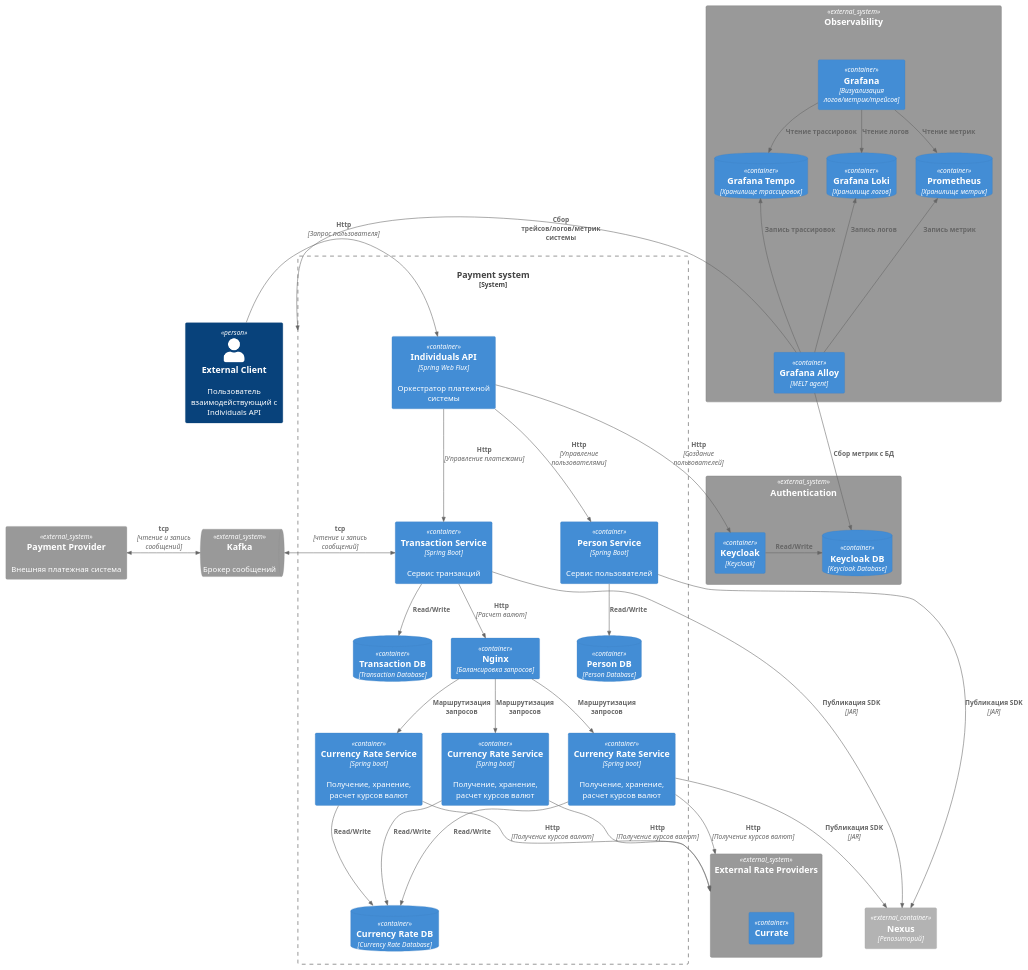
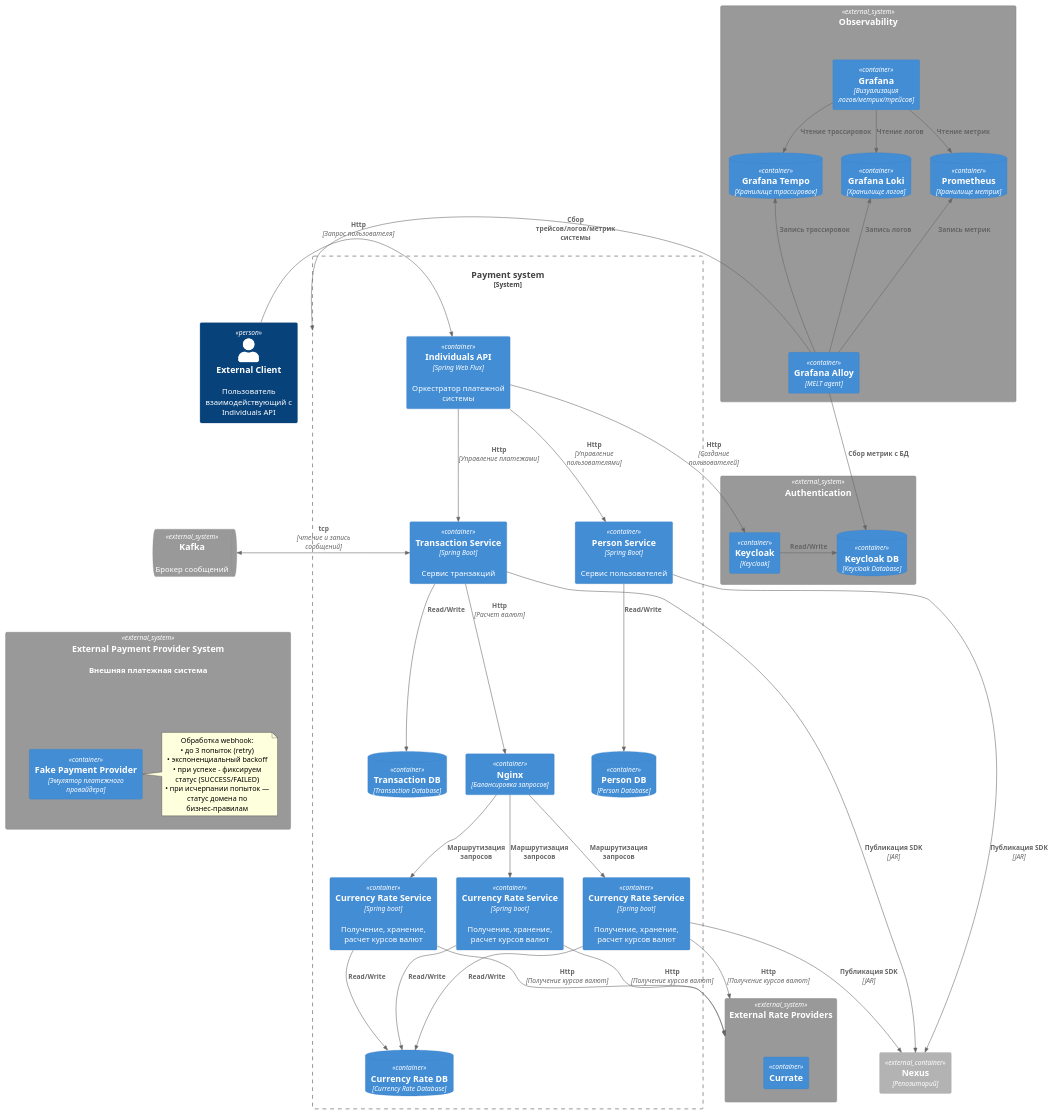
Before and after one commit to diamam90/payment-system: the diagram in diagram/container.puml, drawn with PlantUML. The commit also changed 11 other files, not shown here.

```diff
--- a/diagram/container.puml
+++ b/diagram/container.puml
@@ -1,85 +1,95 @@
 @startuml
 !includeurl https://raw.githubusercontent.com/plantuml-stdlib/C4-PlantUML/master/C4_Container.puml
 
 Person(client, "External Client","Пользователь взаимодействующий с Individuals API")
 
 System_Boundary(payment, "Payment system") {
 
     Container(indApi, "Individuals API", "Spring Web Flux","Оркестратор платежной системы")
 
     Container(ps, "Person Service", "Spring Boot", "Сервис пользователей")
     ContainerDb(psDb, "Person DB", "Person Database")
 
     Container(ts, "Transaction Service", "Spring Boot", "Сервис транзакций")
     ContainerDb(tsDb, "Transaction DB", "Transaction Database")
     Container(ngnx, "Nginx", "Балансировка запросов")
     Container(crs1, "Currency Rate Service", "Spring boot", "Получение, хранение, расчет курсов валют")
     Container(crs2, "Currency Rate Service", "Spring boot", "Получение, хранение, расчет курсов валют")
     Container(crs3, "Currency Rate Service", "Spring boot", "Получение, хранение, расчет курсов валют")
 
     ContainerDb(crsDb, "Currency Rate DB", "Currency Rate Database")
 }
 
 System_Ext(auth, "Authentication"){
     Container(kc, "Keycloak", "Keycloak")
     ContainerDb(kcDb, "Keycloak DB", "Keycloak Database")
 }
 
 System_Ext(obs, "Observability") {
     Container(alloy, "Grafana Alloy", "MELT agent")
     Container(grafana,  "Grafana", "Визуализация логов/метрик/трейсов")
     ContainerDb(prometheus, "Prometheus", "Хранилище метрик")
     ContainerDb(loki, "Grafana Loki", "Хранилище логов")
     ContainerDb(tempo, "Grafana Tempo","Хранилище трассировок")
 }
 
 System_Ext(rateProvider, "External Rate Providers") {
     Container(currate, "Currate")
 }
 
-System_Ext(paymentProvider, "Payment Provider", "Внешняя платежная система")
+System_Ext(extProviderSystem, "External Payment Provider System", "Внешняя платежная система") {
+    Container(fakePP, "Fake Payment Provider", "Эмулятор платежного провайдера")
+
+    note right of fakePP
+      Обработка webhook:
+      • до 3 попыток (retry)
+      • экспоненциальный backoff
+      • при успехе - фиксируем статус (SUCCESS/FAILED)
+      • при исчерпании попыток — статус домена по бизнес-правилам
+    end note
+}
 
 Container_Ext(nexus,"Nexus","Репозиторий")
 
 SystemQueue_Ext(kafka, "Kafka", "Брокер сообщений")
+
+Lay_D(kafka, extProviderSystem)
 
 Rel_R(client, indApi,"Http","Запрос пользователя")
 
 Rel_D(indApi, ps,"Http", "Управление пользователями")
 Rel_D(ps,psDb, "Read/Write")
 Rel_D(ts,ngnx, "Http","Расчет валют")
 Rel_D(ngnx, crs1, "Маршрутизация запросов")
 Rel_D(ngnx, crs2, "Маршрутизация запросов")
 Rel_D(ngnx, crs3, "Маршрутизация запросов")
 Rel_D(crs1, crsDb, "Read/Write")
 Rel_D(crs2, crsDb, "Read/Write")
 Rel_D(crs3, crsDb, "Read/Write")
 Rel(crs1, rateProvider, "Http","Получение курсов валют")
 Rel(crs2, rateProvider, "Http","Получение курсов валют")
 Rel(crs3, rateProvider, "Http","Получение курсов валют")
 
 Rel_D(indApi,ts,"Http","Управление платежами")
 Rel_D(ts,tsDb, "Read/Write")
 
 Rel(indApi, kc, "Http","Создание пользователей")
 Rel_R(kc,kcDb,"Read/Write")
 
 BiRel_L(ts,kafka,"tcp","чтение и запись сообщений")
-BiRel_L(kafka,paymentProvider,"tcp", "чтение и запись сообщений")
 
 Rel_D(grafana, prometheus,"Чтение метрик")
 Rel_D(grafana, loki,"Чтение логов")
 Rel_D(grafana, tempo,"Чтение трассировок")
 
 Rel_U(alloy, prometheus, "Запись метрик")
 Rel_U(alloy, loki, "Запись логов")
 Rel_U(alloy, tempo, "Запись трассировок")
 
 Rel_L(alloy, payment,"Сбор трейсов/логов/метрик системы")
 Rel(alloy, kcDb, "Сбор метрик с БД")
 
 Rel(ps, nexus, "Публикация SDK","JAR")
 Rel(ts, nexus, "Публикация SDK","JAR")
 Rel(crs3, nexus, "Публикация SDK","JAR")
-
 @enduml
```
